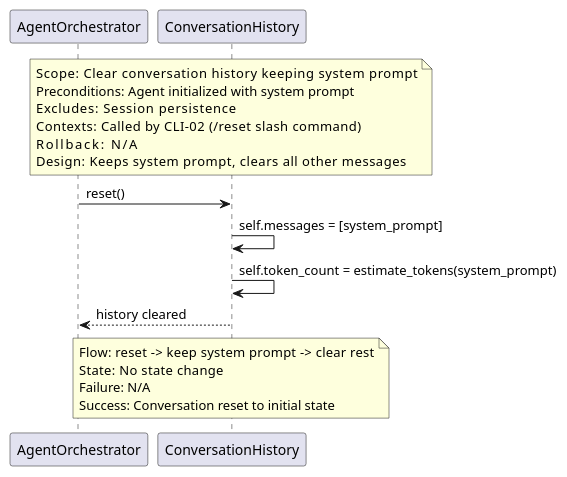
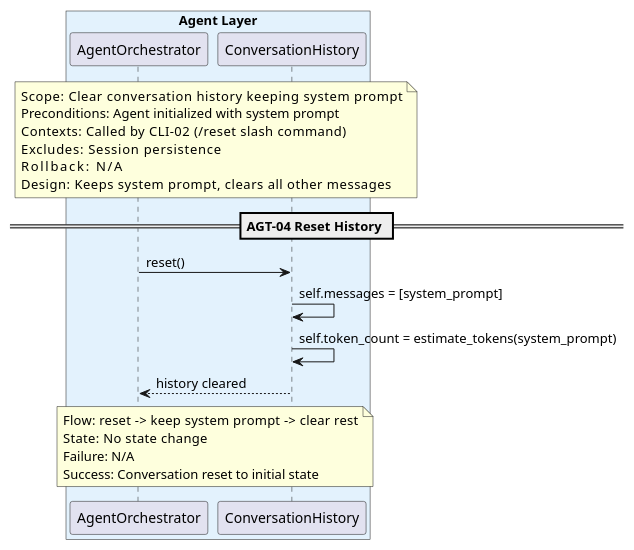
The diagram in docs/sq/AGT/sq_agt04_reset_history.puml (salimnamvar/nasim), drawn with PlantUML before and after one commit. The commit also changed 37 other files, not shown here.

First line of the commit message:
docs: Refactor and enhance SQ, CTX, LLM, PRV, SAF, SSN, and TL diagrams for clarity and consistency

```diff
--- a/docs/sq/AGT/sq_agt04_reset_history.puml
+++ b/docs/sq/AGT/sq_agt04_reset_history.puml
@@ -1,40 +1,41 @@
 @startuml sq_agt04_reset_history
 ' ============================================================
 ' Title:     AGT-04 — Reset History
 ' Boundary:  nasim code agent CLI
 ' Purpose:   Clear conversation history
 ' Milestone: v1.0
 ' Version:   2.0.0
 ' Source:    docs/audit/audit_2026-06-20_capability-and-architecture.md
 ' Review:    —
 ' ============================================================
 
-participant "AgentOrchestrator" as agent
-participant "ConversationHistory" as history
-
 box "Agent Layer" #E3F2FD
+  participant "AgentOrchestrator" as agent
+  participant "ConversationHistory" as history
 end box
 
-note over history
+note over agent, history
   Scope:          Clear conversation history keeping system prompt
   Preconditions:  Agent initialized with system prompt
+  Contexts:       Called by CLI-02 (/reset slash command)
   Excludes:       Session persistence
-  Contexts:       Called by CLI-02 (/reset slash command)
   Rollback:       N/A
   Design:         Keeps system prompt, clears all other messages
 end note
+
+== AGT-04 Reset History ==
 
 agent -> history : reset()
 history -> history : self.messages = [system_prompt]
 history -> history : self.token_count = estimate_tokens(system_prompt)
 
 history --> agent : history cleared
 
-note over history
+note over agent, history
   Flow:    reset -> keep system prompt -> clear rest
   State:   No state change
   Failure: N/A
   Success: Conversation reset to initial state
 end note
 
 @enduml
```
